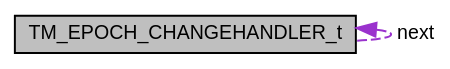
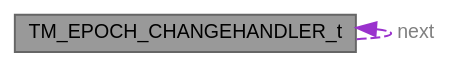
The diagram in struct_t_m___e_p_o_c_h___c_h_a_n_g_e_h_a_n_d_l_e_r__t__coll__graph.dot (ebs-universe/piolib-time), drawn with Graphviz before and after one commit. The commit also changed 516 other files, not shown here.

```diff
--- a/struct_t_m___e_p_o_c_h___c_h_a_n_g_e_h_a_n_d_l_e_r__t__coll__graph.dot
+++ b/struct_t_m___e_p_o_c_h___c_h_a_n_g_e_h_a_n_d_l_e_r__t__coll__graph.dot
@@ -1,10 +1,10 @@
 digraph "TM_EPOCH_CHANGEHANDLER_t"
 {
  // INTERACTIVE_SVG=YES
  // LATEX_PDF_SIZE
   bgcolor="transparent";
-  edge [fontname="Helvetica",fontsize="10",labelfontname="Helvetica",labelfontsize="10"];
-  node [fontname="Helvetica",fontsize="10",shape=record];
-  Node1 [label="TM_EPOCH_CHANGEHANDLER_t",height=0.2,width=0.4,color="black", fillcolor="grey75", style="filled", fontcolor="black",tooltip="Epoch Change Handler Type."];
-  Node1 -> Node1 [dir="back",color="darkorchid3",fontsize="10",style="dashed",label=" next" ,fontname="Helvetica"];
+  edge [fontname=Helvetica,fontsize=10,labelfontname=Helvetica,labelfontsize=10];
+  node [fontname=Helvetica,fontsize=10,shape=box,height=0.2,width=0.4];
+  Node1 [id="Node000001",label="TM_EPOCH_CHANGEHANDLER_t",height=0.2,width=0.4,color="gray40", fillcolor="grey60", style="filled", fontcolor="black",tooltip="Epoch Change Handler Type."];
+  Node1 -> Node1 [id="edge1_Node000001_Node000001",dir="back",color="darkorchid3",style="dashed",tooltip=" ",label=" next",fontcolor="grey" ];
 }
```
